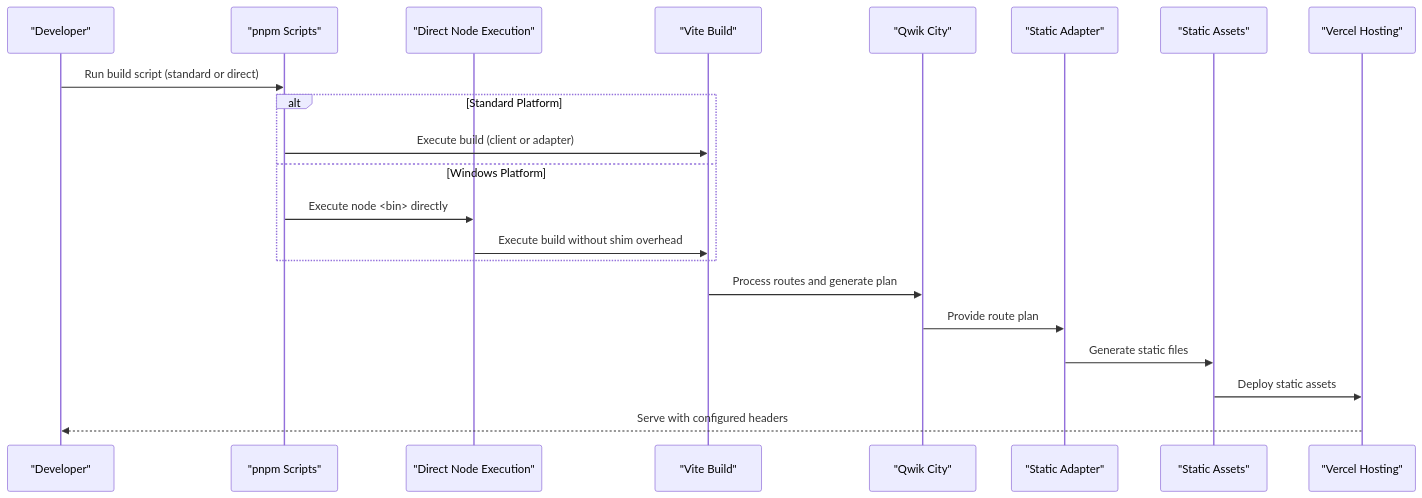
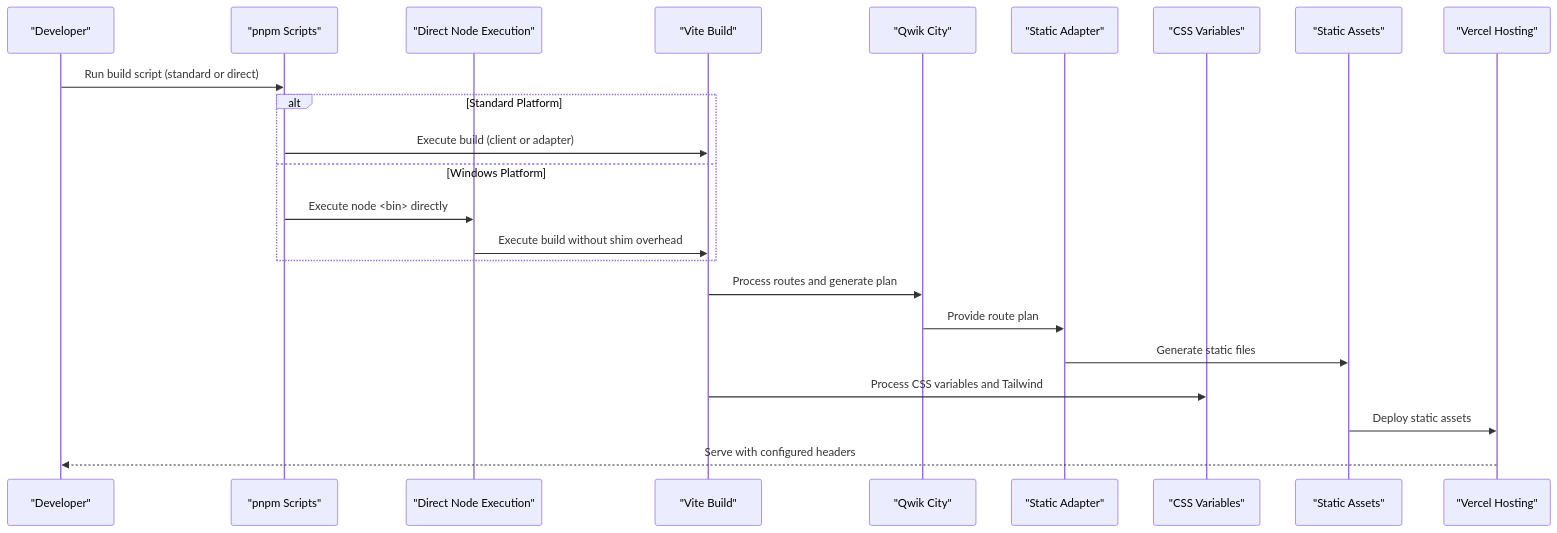
One commit to delirium-dj/modelcomp changed the second of 9 diagrams in .qoder/repowiki/en/content/Architecture Overview/Build System & Deployment Strategy.md. Above: the diagram before and after it, drawn with Mermaid. The commit also changed other lines of this file and 22 other files, not shown here.

````diff
--- a/.qoder/repowiki/en/content/Architecture Overview/Build System & Deployment Strategy.md
+++ b/.qoder/repowiki/en/content/Architecture Overview/Build System & Deployment Strategy.md
@@ -113,23 +122,25 @@
 ```mermaid
 sequenceDiagram
 participant Dev as "Developer"
 participant PNPM as "pnpm Scripts"
 participant Direct as "Direct Node Execution"
 participant Vite as "Vite Build"
 participant QwikCity as "Qwik City"
 participant Adapter as "Static Adapter"
+participant CSS as "CSS Variables"
 participant Output as "Static Assets"
 participant Vercel as "Vercel Hosting"
 Dev->>PNPM : Run build script (standard or direct)
 alt Standard Platform
 PNPM->>Vite : Execute build (client or adapter)
 else Windows Platform
 PNPM->>Direct : Execute node <bin> directly
 Direct->>Vite : Execute build without shim overhead
 end
 Vite->>QwikCity : Process routes and generate plan
 QwikCity->>Adapter : Provide route plan
 Adapter->>Output : Generate static files
+Vite->>CSS : Process CSS variables and Tailwind
 Output->>Vercel : Deploy static assets
 Vercel-->>Dev : Serve with configured headers
 ```
````
